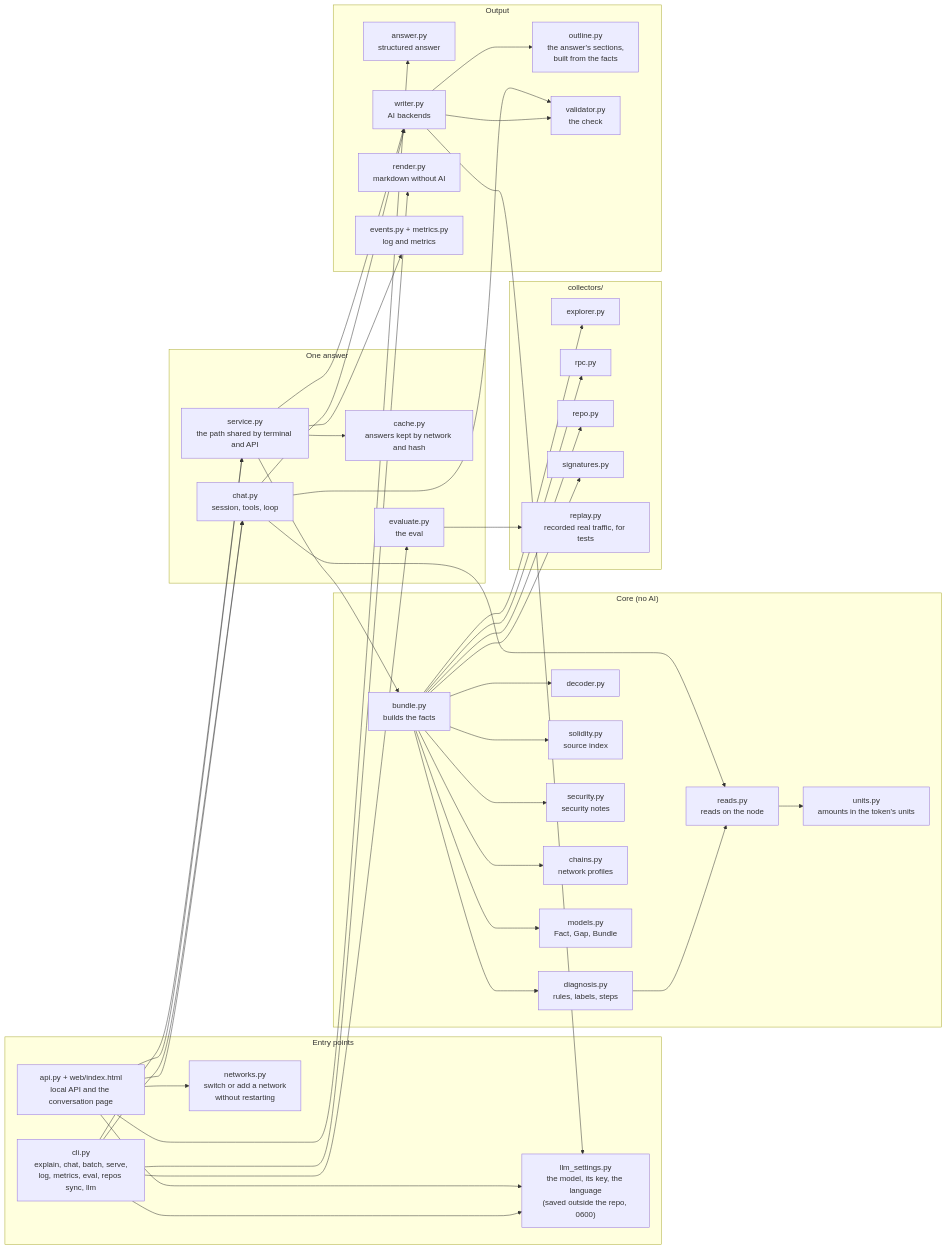
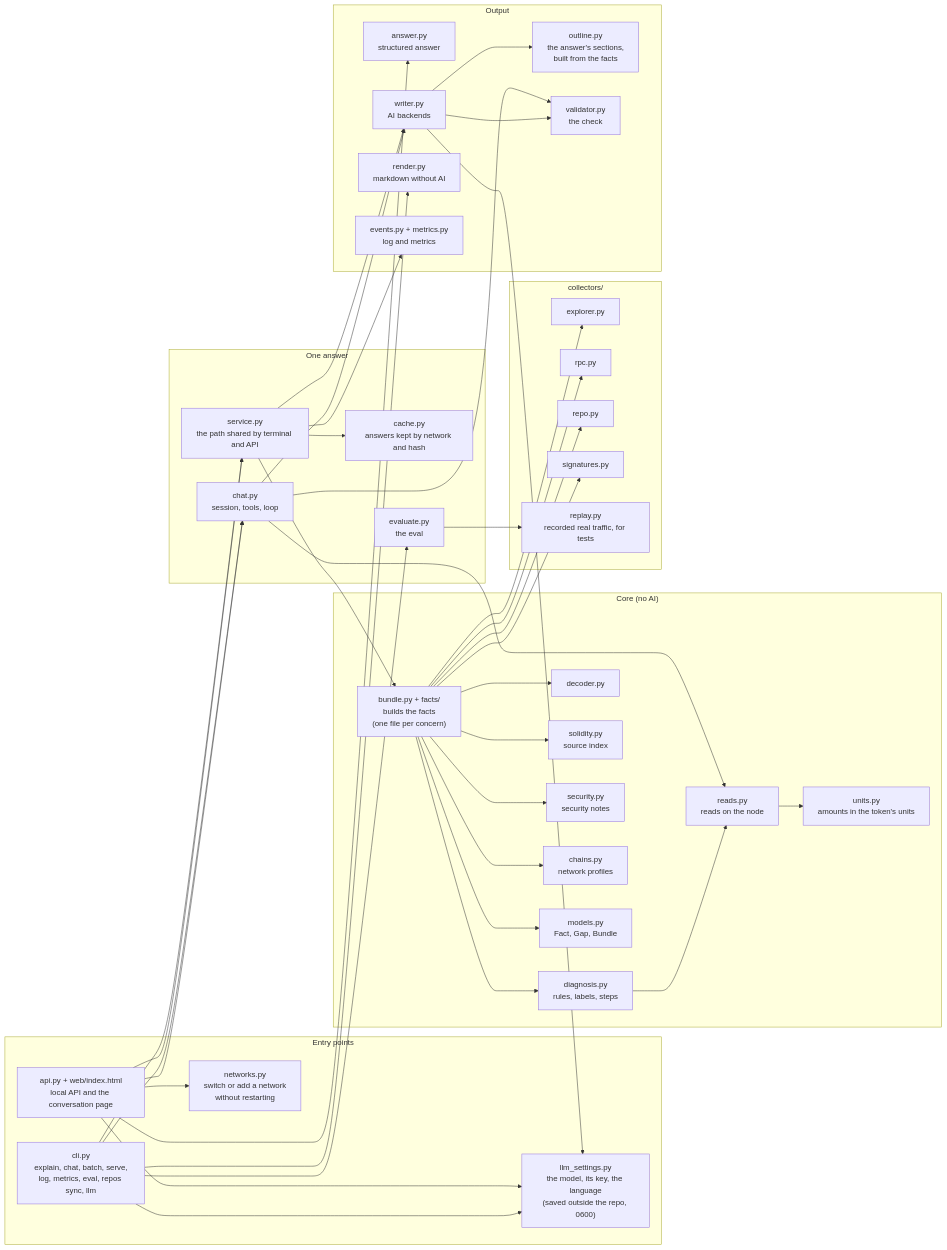
The eighth of 10 diagrams in docs/ARCHITECTURE.md (Ebaoj/anychain), drawn with Mermaid before and after one commit. The commit also changed other lines of this file and 12 other files, not shown here.

First line of the commit message:
BundleBuilder split by concern into facts/: an orchestrator of 367 lines and six parts, each method moved unchanged (D79)

````diff
--- a/docs/ARCHITECTURE.md
+++ b/docs/ARCHITECTURE.md
@@ -249,79 +249,79 @@
 ```mermaid
 flowchart LR
     subgraph entry["Entry points"]
         cli["cli.py<br/>explain, chat, batch, serve,<br/>log, metrics, eval, repos sync, llm"]
         api["api.py + web/index.html<br/>local API and the conversation page"]
         networks["networks.py<br/>switch or add a network<br/>without restarting"]
         settings["llm_settings.py<br/>the model, its key, the language<br/>(saved outside the repo, 0600)"]
     end
 
     subgraph service_g["One answer"]
         service["service.py<br/>the path shared by terminal and API"]
         cache["cache.py<br/>answers kept by network and hash"]
         chat["chat.py<br/>session, tools, loop"]
         evaluate["evaluate.py<br/>the eval"]
     end
 
     subgraph core["Core (no AI)"]
-        bundle["bundle.py<br/>builds the facts"]
+        bundle["bundle.py + facts/<br/>builds the facts<br/>(one file per concern)"]
         diagnosis["diagnosis.py<br/>rules, labels, steps"]
         reads["reads.py<br/>reads on the node"]
         units["units.py<br/>amounts in the token's units"]
         decoder["decoder.py"]
         solidity["solidity.py<br/>source index"]
         security["security.py<br/>security notes"]
         chains["chains.py<br/>network profiles"]
         models["models.py<br/>Fact, Gap, Bundle"]
     end
 
     subgraph collectors["collectors/"]
         explorer["explorer.py"]
         rpc["rpc.py"]
         repo["repo.py"]
         signatures["signatures.py"]
         replay["replay.py<br/>recorded real traffic, for tests"]
     end
 
     subgraph output["Output"]
         answer["answer.py<br/>structured answer"]
         outline["outline.py<br/>the answer's sections,<br/>built from the facts"]
         writer["writer.py<br/>AI backends"]
         validator["validator.py<br/>the check"]
         render["render.py<br/>markdown without AI"]
         events["events.py + metrics.py<br/>log and metrics"]
     end
 
     cli --> service
     api --> service
     api --> networks
     api --> settings
     cli --> settings
     writer --> outline
     writer --> settings
     cli --> chat
     api --> chat
     cli --> evaluate
     service --> cache
     service --> bundle
     service --> writer
     service --> events
     chat --> reads
     chat --> writer
     chat --> validator
     bundle --> diagnosis
     bundle --> explorer
     bundle --> rpc
     bundle --> decoder
     bundle --> solidity
     bundle --> security
     bundle --> repo
     bundle --> signatures
     bundle --> chains
     bundle --> models
     diagnosis --> reads
     reads --> units
     writer --> validator
     api --> answer
     cli --> render
     evaluate --> replay
 ```
````
